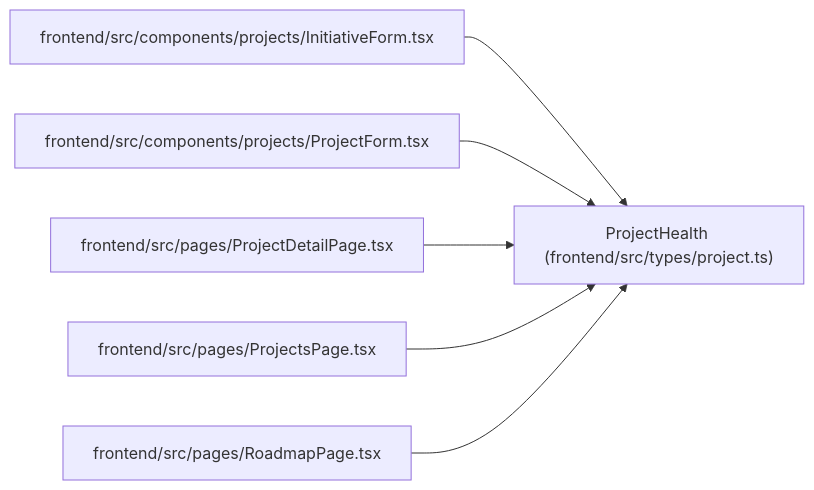
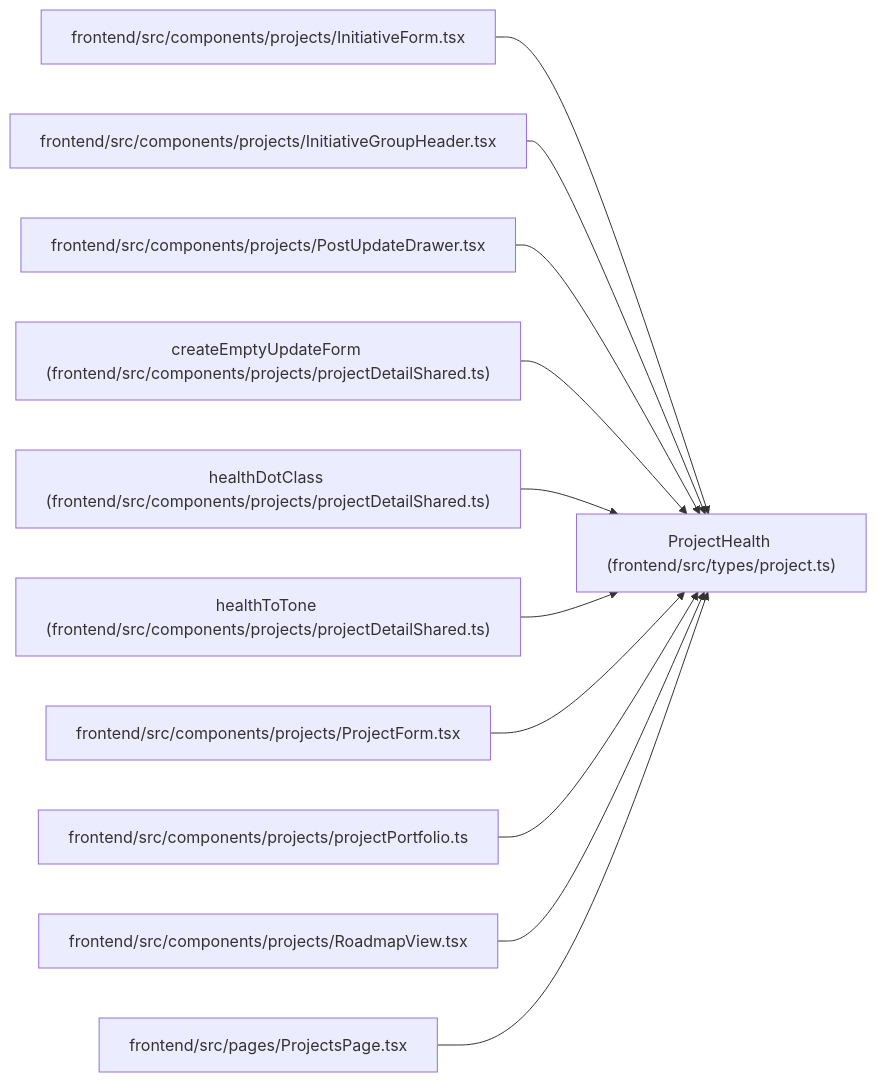
The diagram in docs/llm_wiki/entities/types_project_ProjectHealth.md (Denissvgn/WorkChord), drawn with Mermaid before and after one commit. The commit also changed other lines of this file and 2373 other files, not shown here.

````diff
--- a/docs/llm_wiki/entities/types_project_ProjectHealth.md
+++ b/docs/llm_wiki/entities/types_project_ProjectHealth.md
@@ -28,20 +28,35 @@
 ```mermaid
 flowchart LR
     n0["ProjectHealth (frontend/src/types/project.ts)"]
     n1["frontend/src/components/projects/InitiativeForm.tsx"]
-    n2["frontend/src/components/projects/ProjectForm.tsx"]
-    n3["frontend/src/pages/ProjectDetailPage.tsx"]
-    n4["frontend/src/pages/ProjectsPage.tsx"]
-    n5["frontend/src/pages/RoadmapPage.tsx"]
+    n2["frontend/src/components/projects/InitiativeGroupHeader.tsx"]
+    n3["frontend/src/components/projects/PostUpdateDrawer.tsx"]
+    n4["createEmptyUpdateForm (frontend/src/components/projects/projectDetailShared.ts)"]
+    n5["healthDotClass (frontend/src/components/projects/projectDetailShared.ts)"]
+    n6["healthToTone (frontend/src/components/projects/projectDetailShared.ts)"]
+    n7["frontend/src/components/projects/ProjectForm.tsx"]
+    n8["frontend/src/components/projects/projectPortfolio.ts"]
+    n9["frontend/src/components/projects/RoadmapView.tsx"]
+    n10["frontend/src/pages/ProjectsPage.tsx"]
     n1 --> n0
     n2 --> n0
     n3 --> n0
     n4 --> n0
     n5 --> n0
+    n6 --> n0
+    n7 --> n0
+    n8 --> n0
+    n9 --> n0
+    n10 --> n0
     click n0 "../modules/types_project.md"
     click n1 "../modules/InitiativeForm.md"
-    click n2 "../modules/ProjectForm.md"
-    click n3 "../modules/ProjectDetailPage.md"
-    click n4 "../modules/ProjectsPage.md"
-    click n5 "../modules/RoadmapPage.md"
+    click n2 "../modules/InitiativeGroupHeader.md"
+    click n3 "../modules/PostUpdateDrawer.md"
+    click n4 "../modules/projectDetailShared.md"
+    click n5 "../modules/projectDetailShared.md"
+    click n6 "../modules/projectDetailShared.md"
+    click n7 "../modules/ProjectForm.md"
+    click n8 "../modules/projectPortfolio.md"
+    click n9 "../modules/RoadmapView.md"
+    click n10 "../modules/ProjectsPage.md"
 ```
````
